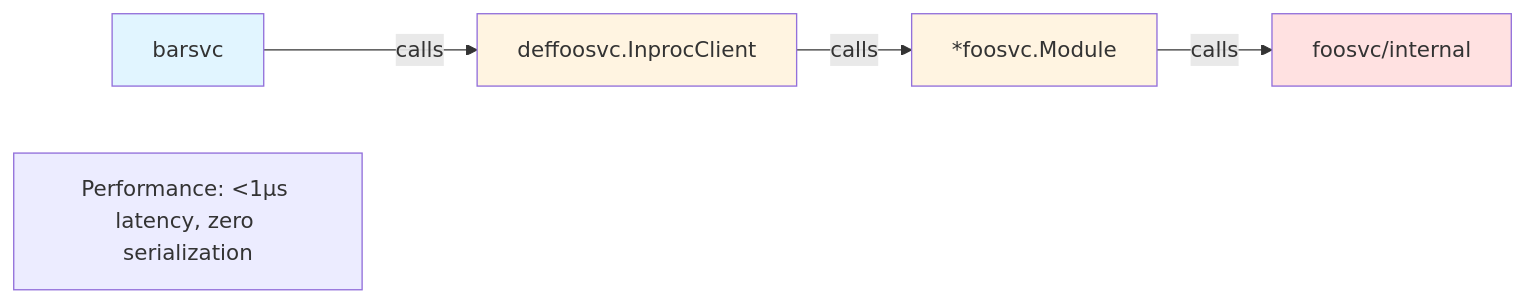
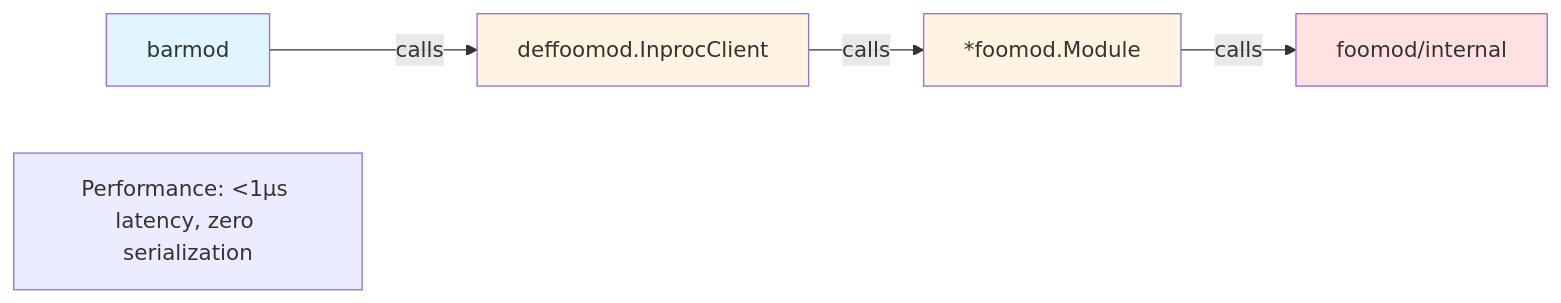
The second of 5 diagrams in white-paper.md (pivaldi/go-modular-monolith-white-paper), drawn with Mermaid before and after one commit. The commit also changed other lines of this file and 19 other files, not shown here.

````diff
--- a/white-paper.md
+++ b/white-paper.md
@@ -286,13 +286,13 @@
 ```mermaid
 graph LR
-    barsvc["barsvc"] -->|calls| inproc_client["deffoosvc.InprocClient"]
-    inproc_client -->|calls| foosvc_module["*foosvc.Module"]
-    foosvc_module -->|calls| foosvc_internal["foosvc/internal"]
+    barmod["barmod"] -->|calls| inproc_client["deffoomod.InprocClient"]
+    inproc_client -->|calls| foomod_module["*foomod.Module"]
+    foomod_module -->|calls| foomod_internal["foomod/internal"]
 
     note["Performance: &lt;1μs latency, zero serialization"]
 
-    style barsvc fill:#e1f5ff
+    style barmod fill:#e1f5ff
     style inproc_client fill:#fff4e1
-    style foosvc_module fill:#fff4e1
-    style foosvc_internal fill:#ffe1e1
+    style foomod_module fill:#fff4e1
+    style foomod_internal fill:#ffe1e1
 ```
````
